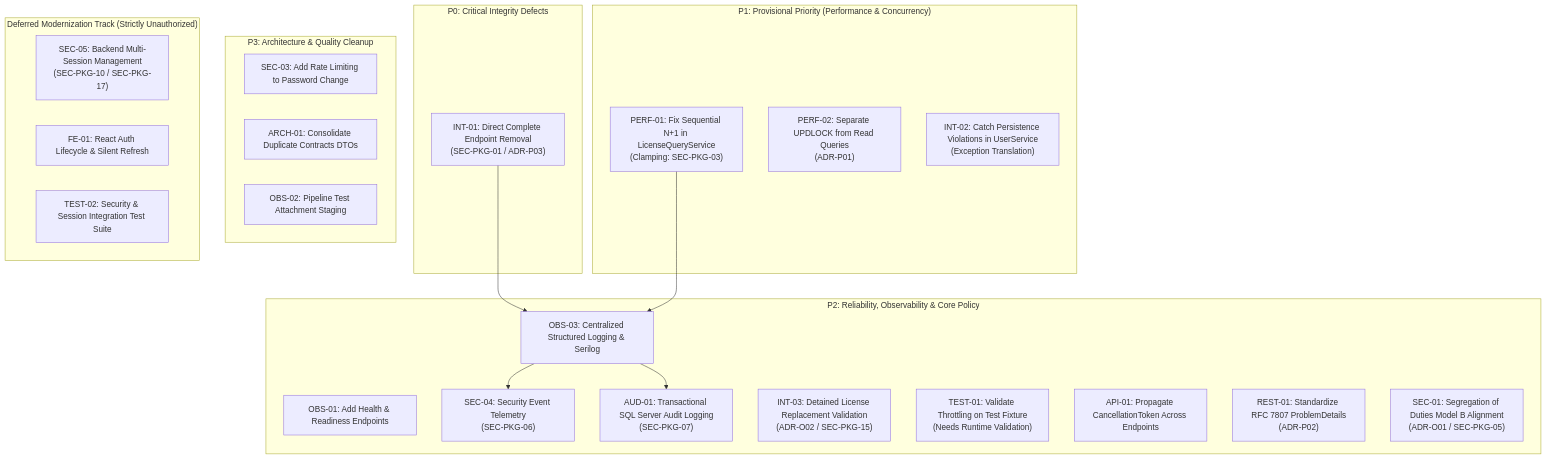
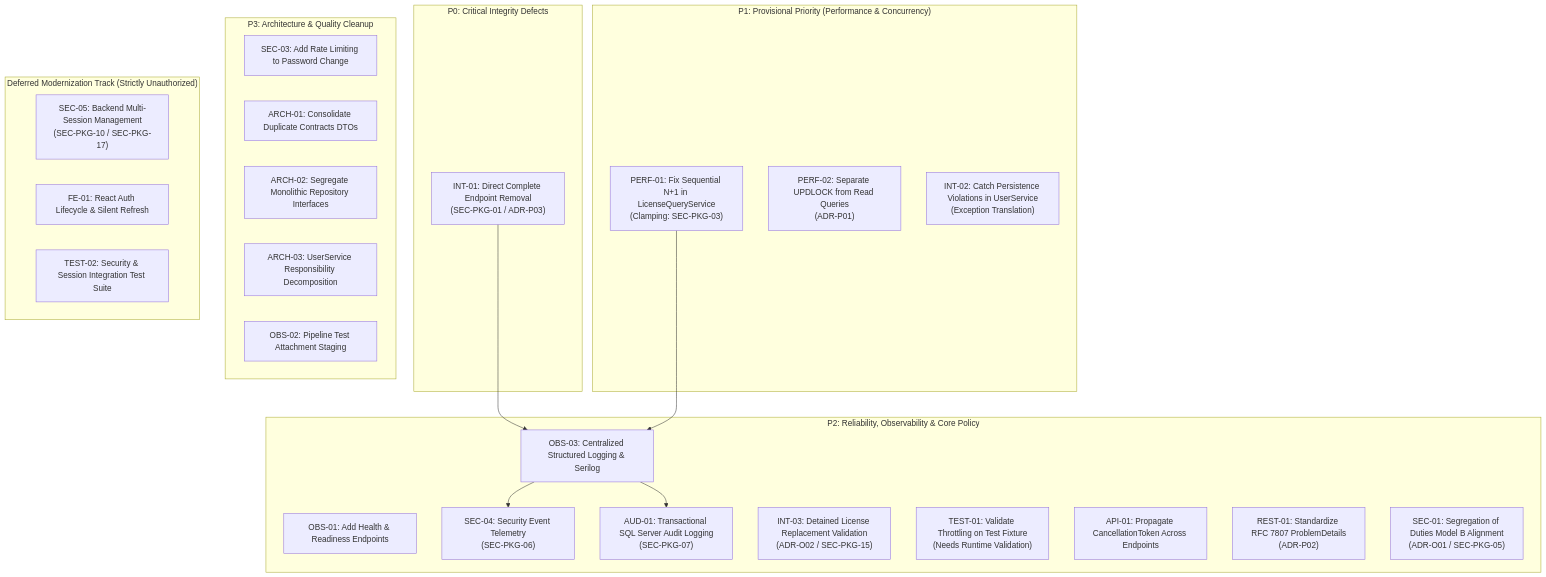
Before and after one commit to ayhm325/DVLD-WPF: the diagram in ENGINEERING-ROADMAP.md, drawn with Mermaid. The commit also changed other lines of this file and 4 other files, not shown here.

````diff
--- a/ENGINEERING-ROADMAP.md
+++ b/ENGINEERING-ROADMAP.md
@@ -31,41 +31,43 @@
 ```mermaid
 graph TD
     subgraph P0["P0: Critical Integrity Defects"]
         INT01["INT-01: Direct Complete Endpoint Removal<br/>(SEC-PKG-01 / ADR-P03)"]
     end
     
     subgraph P1["P1: Provisional Priority (Performance & Concurrency)"]
         PERF01["PERF-01: Fix Sequential N+1 in LicenseQueryService<br/>(Clamping: SEC-PKG-03)"]
         PERF02["PERF-02: Separate UPDLOCK from Read Queries<br/>(ADR-P01)"]
         INT02["INT-02: Catch Persistence Violations in UserService<br/>(Exception Translation)"]
     end
     
     subgraph P2["P2: Reliability, Observability & Core Policy"]
         OBS01["OBS-01: Add Health & Readiness Endpoints"]
         OBS03["OBS-03: Centralized Structured Logging & Serilog"]
         SEC04["SEC-04: Security Event Telemetry<br/>(SEC-PKG-06)"]
         AUD01["AUD-01: Transactional SQL Server Audit Logging<br/>(SEC-PKG-07)"]
         INT03["INT-03: Detained License Replacement Validation<br/>(ADR-O02 / SEC-PKG-15)"]
         TEST01["TEST-01: Validate Throttling on Test Fixture<br/>(Needs Runtime Validation)"]
         API01["API-01: Propagate CancellationToken Across Endpoints"]
         REST01["REST-01: Standardize RFC 7807 ProblemDetails<br/>(ADR-P02)"]
         SEC01["SEC-01: Segregation of Duties Model B Alignment<br/>(ADR-O01 / SEC-PKG-05)"]
     end
     
     subgraph P3["P3: Architecture & Quality Cleanup"]
         SEC03["SEC-03: Add Rate Limiting to Password Change"]
         ARCH01["ARCH-01: Consolidate Duplicate Contracts DTOs"]
+        ARCH02["ARCH-02: Segregate Monolithic Repository Interfaces"]
+        ARCH03["ARCH-03: UserService Responsibility Decomposition"]
         OBS02["OBS-02: Pipeline Test Attachment Staging"]
     end
 
     subgraph DEFERRED["Deferred Modernization Track (Strictly Unauthorized)"]
         SEC05["SEC-05: Backend Multi-Session Management<br/>(SEC-PKG-10 / SEC-PKG-17)"]
         FE01["FE-01: React Auth Lifecycle & Silent Refresh"]
         TEST02["TEST-02: Security & Session Integration Test Suite"]
     end
 
     INT01 --> OBS03
     PERF01 --> OBS03
     OBS03 --> SEC04
     OBS03 --> AUD01
 ```
````
